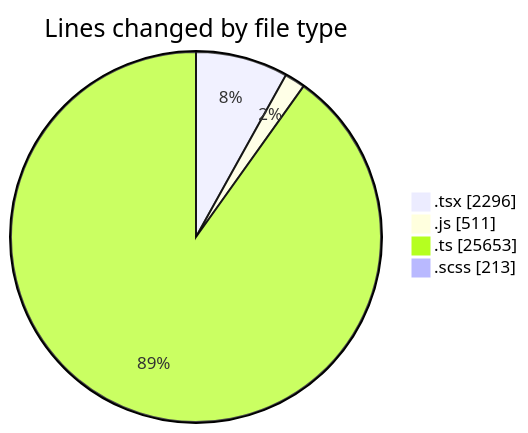
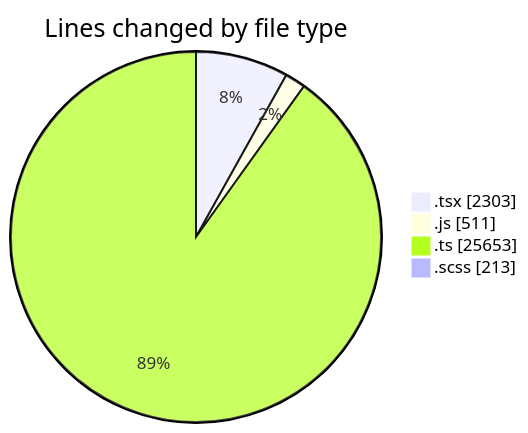
Before and after one commit to momahboobian/code-tracking: the first of 2 diagrams in 2025-06-30/cda/README.md, drawn with Mermaid. The commit also changed other lines of this file and 1 other file, not shown here.

````diff
--- a/2025-06-30/cda/README.md
+++ b/2025-06-30/cda/README.md
@@ -41,8 +41,8 @@
 ```mermaid
 pie showData
 title Lines changed by file type
-".tsx" : 2296
+".tsx" : 2303
 ".js" : 511
 ".ts" : 25653
 ".scss" : 213
 ```
````
